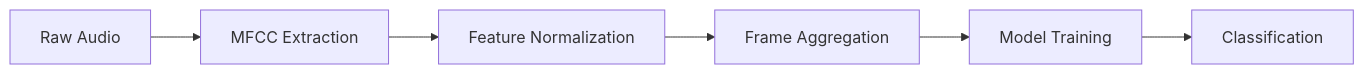
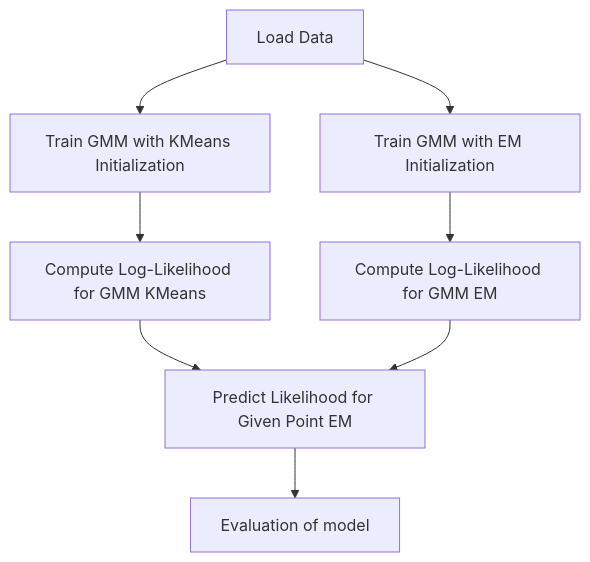
Before and after one commit to Wanghley/speech-digit-recognition: the fifth of 5 diagrams in docs/report/main.qmd, drawn with Mermaid. The commit also changed other lines of this file and 30 other files, not shown here.

````diff
--- a/docs/report/main.qmd
+++ b/docs/report/main.qmd
@@ -123,9 +427,10 @@
 ```{mermaid}
-%%| echo: false
-flowchart LR
-    A[Raw Audio] --> B[MFCC Extraction]
-    B --> C[Feature Normalization]
-    C --> D[Frame Aggregation]
-    D --> E[Model Training]
-    E --> F[Classification]
+graph TD
+    A[Load Data] --> B[Train GMM with KMeans Initialization]
+    A --> C[Train GMM with EM Initialization]
+    B --> D[Compute Log-Likelihood for GMM KMeans]
+    C --> E[Compute Log-Likelihood for GMM EM]
+    D --> F[Predict Likelihood for Given Point KMeans]
+    E --> F[Predict Likelihood for Given Point EM]
+    F --> G[Evaluation of model]
 ```
````
